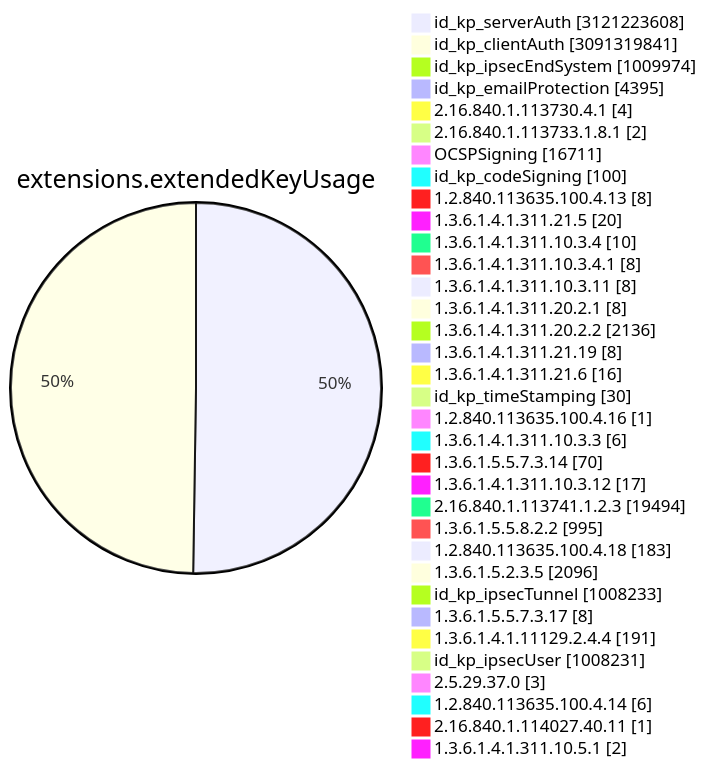
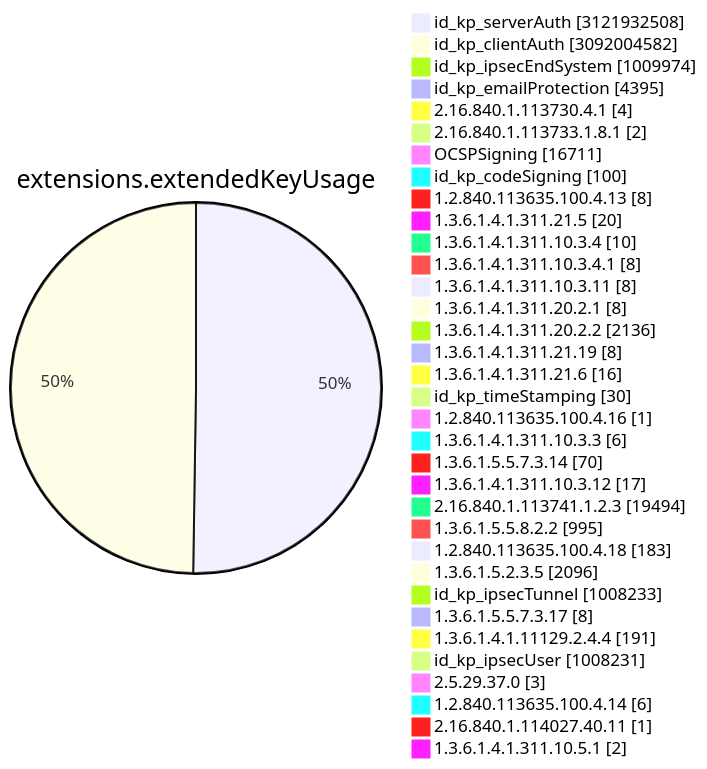
One commit to christiankrug/ctmonitor_visualization changed diagram 11 of 15 in TOTAL/README.md. Above: the diagram before and after it, drawn with Mermaid. The commit also changed other lines of this file, not shown here.

````diff
--- a/TOTAL/README.md
+++ b/TOTAL/README.md
@@ -4119,38 +4119,38 @@
 ```mermaid
 pie showData
 title extensions.extendedKeyUsage
-"id_kp_serverAuth" :3121223608
-"id_kp_clientAuth" :3091319841
+"id_kp_serverAuth" :3121932508
+"id_kp_clientAuth" :3092004582
 "id_kp_ipsecEndSystem" :1009974
 "id_kp_emailProtection" :4395
 "2.16.840.1.113730.4.1" :4
 "2.16.840.1.113733.1.8.1" :2
 "OCSPSigning" :16711
 "id_kp_codeSigning" :100
 "1.2.840.113635.100.4.13" :8
 "1.3.6.1.4.1.311.21.5" :20
 "1.3.6.1.4.1.311.10.3.4" :10
 "1.3.6.1.4.1.311.10.3.4.1" :8
 "1.3.6.1.4.1.311.10.3.11" :8
 "1.3.6.1.4.1.311.20.2.1" :8
 "1.3.6.1.4.1.311.20.2.2" :2136
 "1.3.6.1.4.1.311.21.19" :8
 "1.3.6.1.4.1.311.21.6" :16
 "id_kp_timeStamping" :30
 "1.2.840.113635.100.4.16" :1
 "1.3.6.1.4.1.311.10.3.3" :6
 "1.3.6.1.5.5.7.3.14" :70
 "1.3.6.1.4.1.311.10.3.12" :17
 "2.16.840.1.113741.1.2.3" :19494
 "1.3.6.1.5.5.8.2.2" :995
 "1.2.840.113635.100.4.18" :183
 "1.3.6.1.5.2.3.5" :2096
 "id_kp_ipsecTunnel" :1008233
 "1.3.6.1.5.5.7.3.17" :8
 "1.3.6.1.4.1.11129.2.4.4" :191
 "id_kp_ipsecUser" :1008231
 "2.5.29.37.0" :3
 "1.2.840.113635.100.4.14" :6
 "2.16.840.1.114027.40.11" :1
 "1.3.6.1.4.1.311.10.5.1" :2
 ```
````
